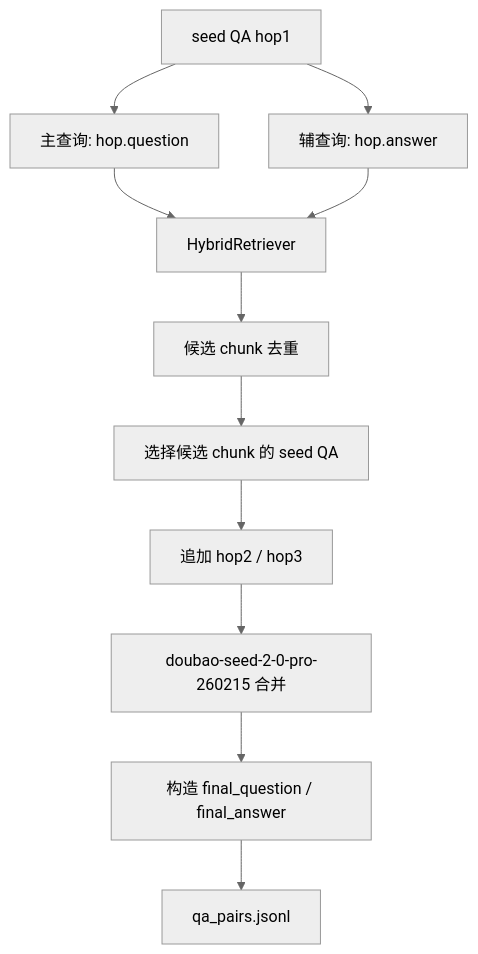
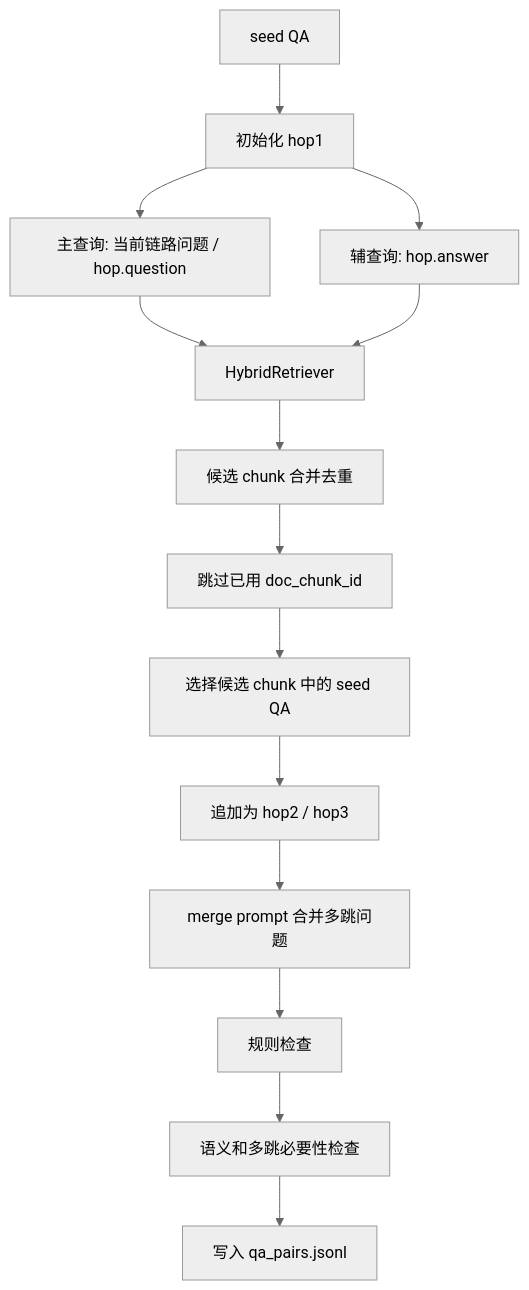
The sixth of 16 diagrams in demo/README.md (Lafinger/AgenticRAG-RL), drawn with Mermaid (neutral theme) before and after one commit. The commit also changed other lines of this file and 7 other files, not shown here.

````diff
--- a/demo/README.md
+++ b/demo/README.md
@@ -331,13 +450,16 @@
 ```mermaid
 flowchart TD
-    A["seed QA hop1"] --> B["主查询: hop.question"]
-    A --> C["辅查询: hop.answer"]
-    B --> D["HybridRetriever"]
-    C --> D
-    D --> E["候选 chunk 去重"]
-    E --> F["选择候选 chunk 的 seed QA"]
-    F --> G["追加 hop2 / hop3"]
-    G --> H["doubao-seed-2-0-pro-260215 合并"]
-    H --> I["构造 final_question / final_answer"]
-    I --> J["qa_pairs.jsonl"]
+    A["seed QA"] --> B["初始化 hop1"]
+    B --> C["主查询: 当前链路问题 / hop.question"]
+    B --> D["辅查询: hop.answer"]
+    C --> E["HybridRetriever"]
+    D --> E
+    E --> F["候选 chunk 合并去重"]
+    F --> G["跳过已用 doc_chunk_id"]
+    G --> H["选择候选 chunk 中的 seed QA"]
+    H --> I["追加为 hop2 / hop3"]
+    I --> J["merge prompt 合并多跳问题"]
+    J --> K["规则检查"]
+    K --> L["语义和多跳必要性检查"]
+    L --> M["写入 qa_pairs.jsonl"]
 ```
````
